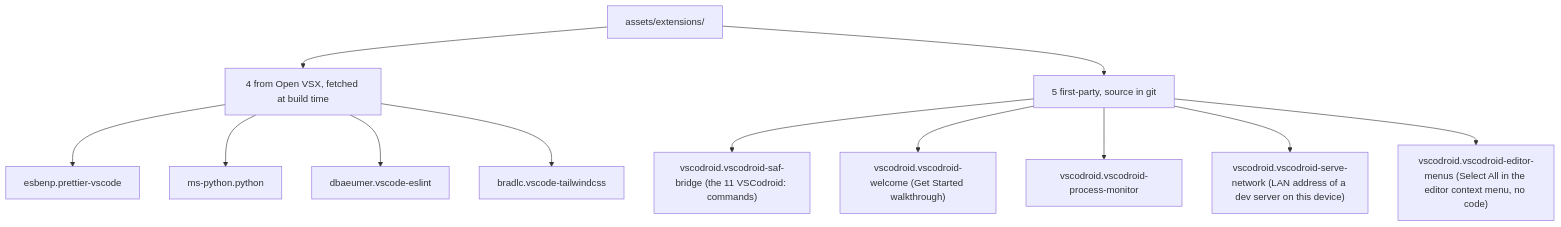
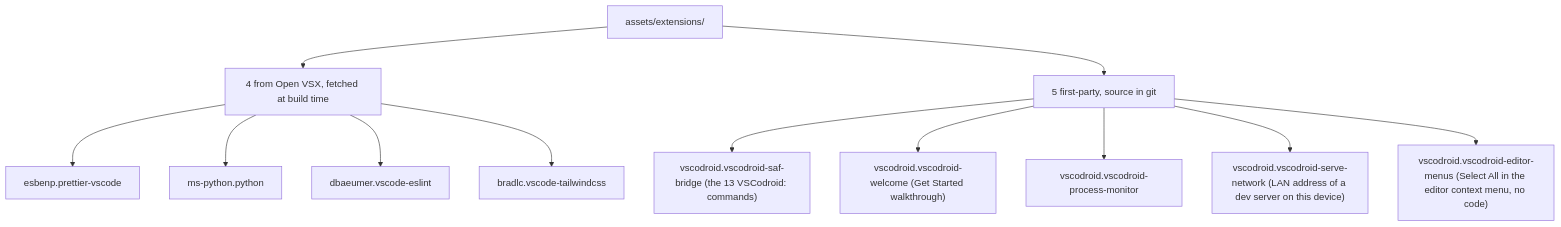
The third of 3 diagrams in docs/05-API_SPEC.md (rmyndharis/VSCodroid), drawn with Mermaid before and after one commit.

Commit message:
docs: count the saf-bridge commands again
The extension contributes 13 commands since UI Scale and Copy Bug
Report were added; the API spec still said 11.

````diff
--- a/docs/05-API_SPEC.md
+++ b/docs/05-API_SPEC.md
@@ -1122,14 +1122,14 @@
 ```mermaid
 flowchart TD
   ROOT["assets/extensions/"] --> T["4 from Open VSX, fetched at build time"]
   ROOT --> O["5 first-party, source in git"]
   T --> T2["esbenp.prettier-vscode"]
   T --> T3["ms-python.python"]
   T --> T4["dbaeumer.vscode-eslint"]
   T --> T5["bradlc.vscode-tailwindcss"]
-  O --> O1["vscodroid.vscodroid-saf-bridge (the 11 VSCodroid: commands)"]
+  O --> O1["vscodroid.vscodroid-saf-bridge (the 13 VSCodroid: commands)"]
   O --> O2["vscodroid.vscodroid-welcome (Get Started walkthrough)"]
   O --> O3["vscodroid.vscodroid-process-monitor"]
   O --> O4["vscodroid.vscodroid-serve-network (LAN address of a dev server on this device)"]
   O --> O5["vscodroid.vscodroid-editor-menus (Select All in the editor context menu, no code)"]
 ```
````
